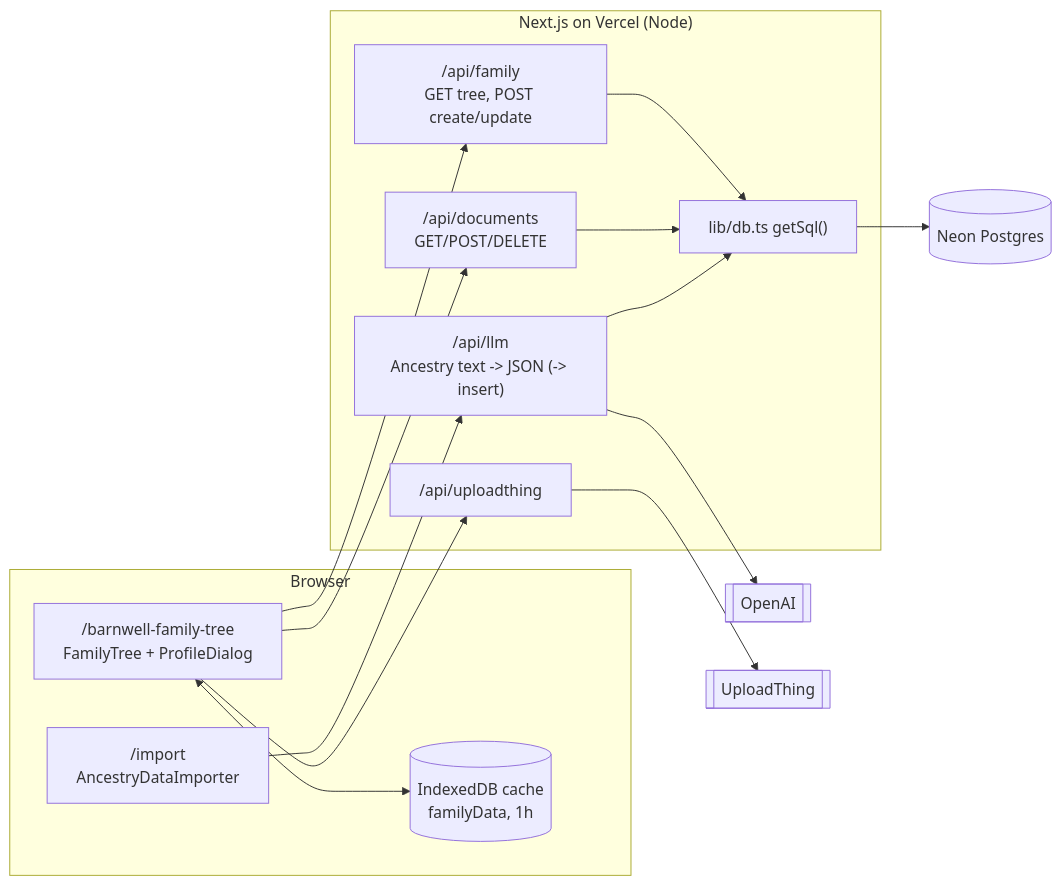
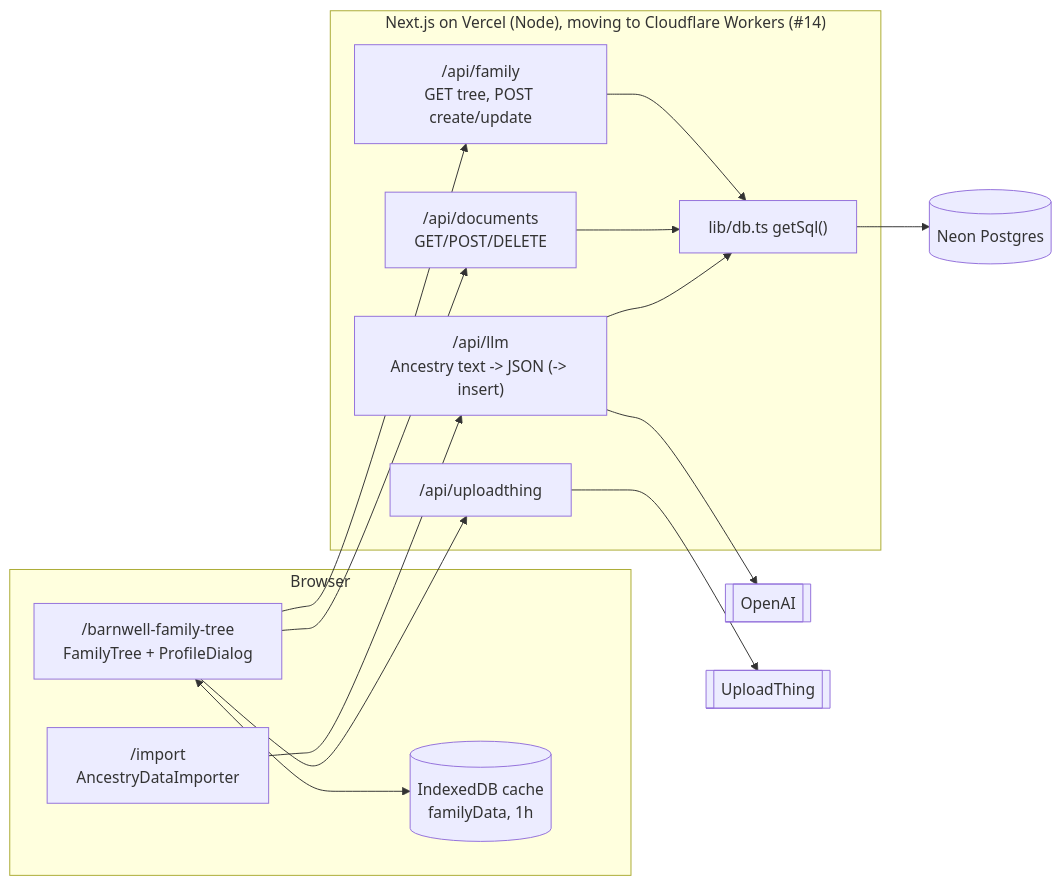
Before and after one commit to ptums/family-tree-builder: the diagram in docs/ARCHITECTURE.md, drawn with Mermaid. The commit also changed 11 other files, not shown here.

First line of the commit message:
Remove Vercel deploy workflow; hosting moves to Cloudflare (#14)

````diff
--- a/docs/ARCHITECTURE.md
+++ b/docs/ARCHITECTURE.md
@@ -5,24 +5,24 @@
 ```mermaid
 flowchart LR
   subgraph Browser
     Tree["/barnwell-family-tree<br/>FamilyTree + ProfileDialog"]
     Import["/import<br/>AncestryDataImporter"]
     IDB[(IndexedDB cache<br/>familyData, 1h)]
   end
-  subgraph "Next.js on Vercel (Node)"
+  subgraph "Next.js on Vercel (Node), moving to Cloudflare Workers (#14)"
     Family["/api/family<br/>GET tree, POST create/update"]
     Docs["/api/documents<br/>GET/POST/DELETE"]
     LLM["/api/llm<br/>Ancestry text -> JSON (-> insert)"]
     UT["/api/uploadthing"]
     DB["lib/db.ts getSql()"]
   end
   Neon[(Neon Postgres)]
   OpenAI[[OpenAI]]
   UploadThing[[UploadThing]]
   Tree <--> IDB
   Tree --> Family & Docs
   Import --> LLM
   Family & Docs & LLM --> DB --> Neon
   LLM --> OpenAI
   Tree --> UT --> UploadThing
 ```
````
